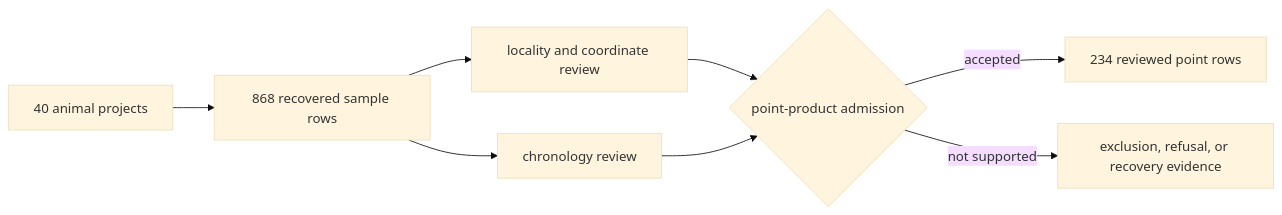
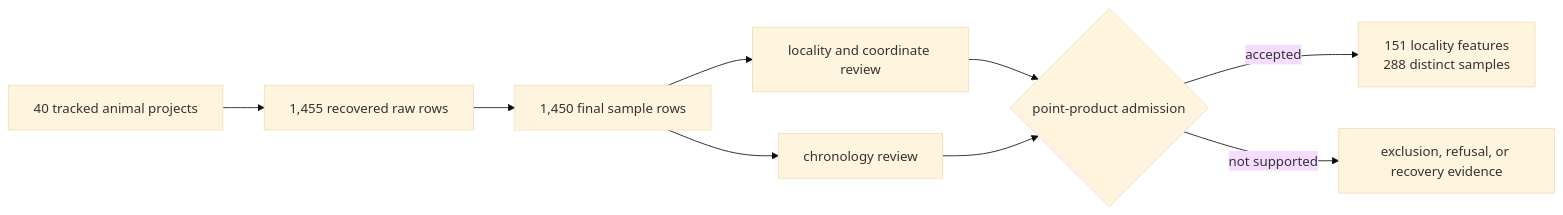
The fifth of 7 diagrams in docs/public/pollenomics/index.md (bijux/bijux-pollenomics), drawn with Mermaid (base theme) before and after one commit. The commit also changed other lines of this file and 26 other files, not shown here.

````diff
--- a/docs/public/pollenomics/index.md
+++ b/docs/public/pollenomics/index.md
@@ -208,10 +209,11 @@
 ```mermaid
 flowchart LR
-    Project["40 animal projects"] --> Sample["868 recovered sample rows"]
+    Project["40 tracked animal projects"] --> Raw["1,455 recovered raw rows"]
+    Raw --> Sample["1,450 final sample rows"]
     Sample --> Place["locality and coordinate review"]
     Sample --> Time["chronology review"]
     Place --> Admission{"point-product admission"}
     Time --> Admission
-    Admission -->|accepted| Point["234 reviewed point rows"]
+    Admission -->|accepted| Point["151 locality features<br/>288 distinct samples"]
     Admission -->|not supported| VisibleGap["exclusion, refusal, or recovery evidence"]
 ```
````
